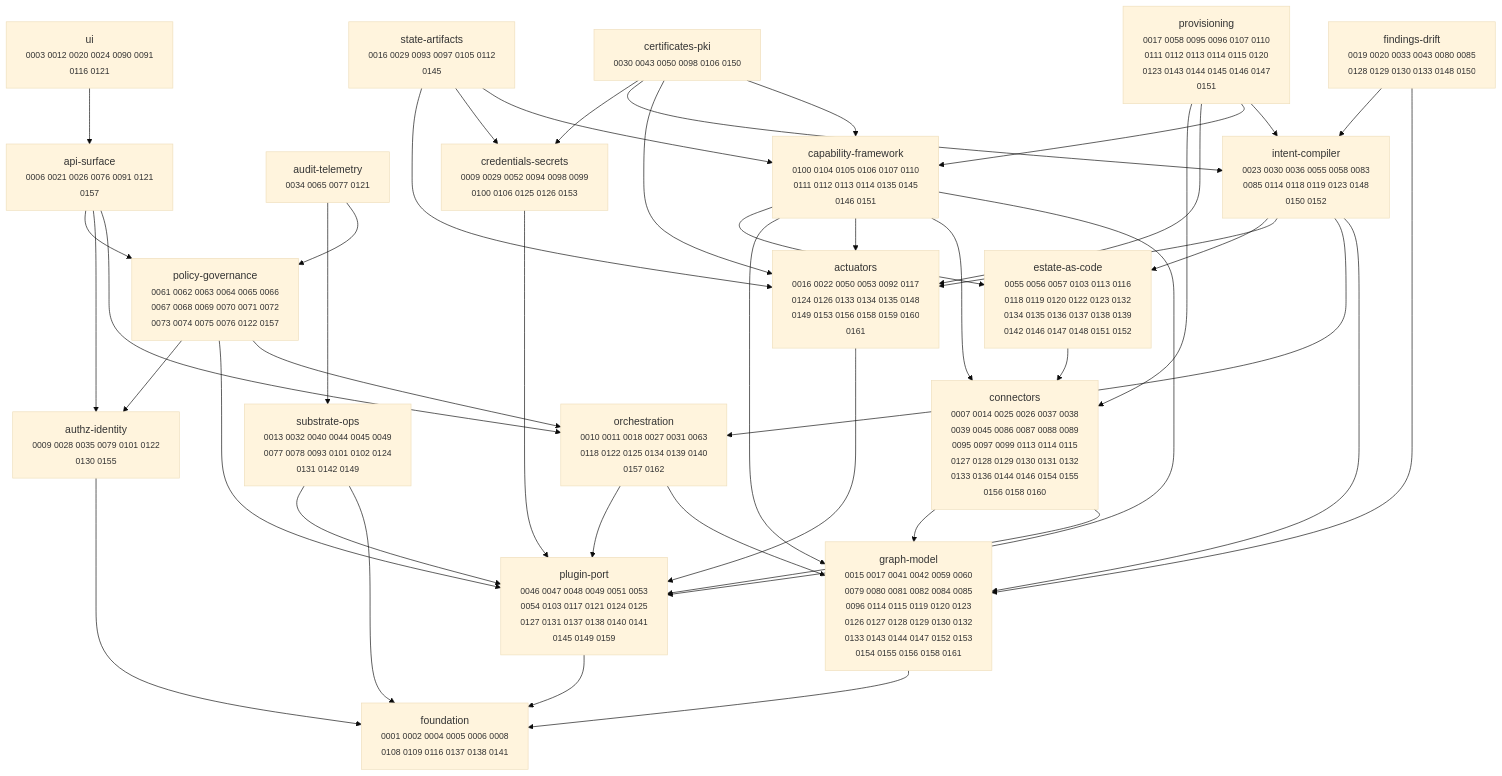
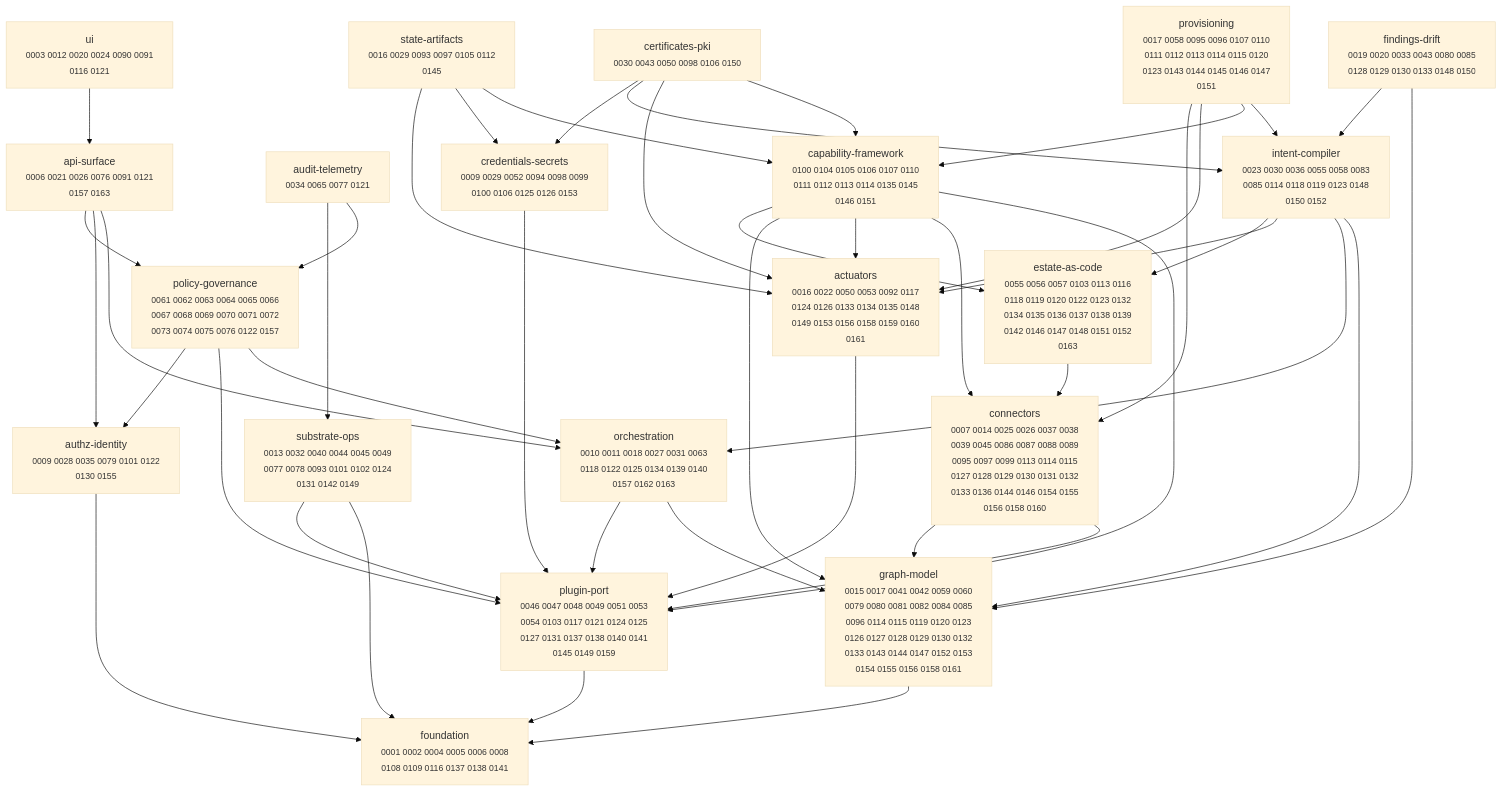
The diagram in docs/adr/MAP.md (dstout-devops/stratt), drawn with Mermaid (base theme) before and after one commit. The commit also changed other lines of this file and 24 other files, not shown here.

````diff
--- a/docs/adr/MAP.md
+++ b/docs/adr/MAP.md
@@ -11,67 +11,67 @@
 ```mermaid
 graph TD
   actuators["actuators<br/><small>0016 0022 0050 0053 0092 0117<br/>0124 0126 0133 0134 0135 0148<br/>0149 0153 0156 0158 0159 0160<br/>0161</small>"]
-  api_surface["api-surface<br/><small>0006 0021 0026 0076 0091 0121<br/>0157</small>"]
+  api_surface["api-surface<br/><small>0006 0021 0026 0076 0091 0121<br/>0157 0163</small>"]
   audit_telemetry["audit-telemetry<br/><small>0034 0065 0077 0121</small>"]
   authz_identity["authz-identity<br/><small>0009 0028 0035 0079 0101 0122<br/>0130 0155</small>"]
   capability_framework["capability-framework<br/><small>0100 0104 0105 0106 0107 0110<br/>0111 0112 0113 0114 0135 0145<br/>0146 0151</small>"]
   certificates_pki["certificates-pki<br/><small>0030 0043 0050 0098 0106 0150</small>"]
   connectors["connectors<br/><small>0007 0014 0025 0026 0037 0038<br/>0039 0045 0086 0087 0088 0089<br/>0095 0097 0099 0113 0114 0115<br/>0127 0128 0129 0130 0131 0132<br/>0133 0136 0144 0146 0154 0155<br/>0156 0158 0160</small>"]
   credentials_secrets["credentials-secrets<br/><small>0009 0029 0052 0094 0098 0099<br/>0100 0106 0125 0126 0153</small>"]
-  estate_as_code["estate-as-code<br/><small>0055 0056 0057 0103 0113 0116<br/>0118 0119 0120 0122 0123 0132<br/>0134 0135 0136 0137 0138 0139<br/>0142 0146 0147 0148 0151 0152</small>"]
+  estate_as_code["estate-as-code<br/><small>0055 0056 0057 0103 0113 0116<br/>0118 0119 0120 0122 0123 0132<br/>0134 0135 0136 0137 0138 0139<br/>0142 0146 0147 0148 0151 0152<br/>0163</small>"]
   findings_drift["findings-drift<br/><small>0019 0020 0033 0043 0080 0085<br/>0128 0129 0130 0133 0148 0150</small>"]
   foundation["foundation<br/><small>0001 0002 0004 0005 0006 0008<br/>0108 0109 0116 0137 0138 0141</small>"]
   graph_model["graph-model<br/><small>0015 0017 0041 0042 0059 0060<br/>0079 0080 0081 0082 0084 0085<br/>0096 0114 0115 0119 0120 0123<br/>0126 0127 0128 0129 0130 0132<br/>0133 0143 0144 0147 0152 0153<br/>0154 0155 0156 0158 0161</small>"]
   intent_compiler["intent-compiler<br/><small>0023 0030 0036 0055 0058 0083<br/>0085 0114 0118 0119 0123 0148<br/>0150 0152</small>"]
-  orchestration["orchestration<br/><small>0010 0011 0018 0027 0031 0063<br/>0118 0122 0125 0134 0139 0140<br/>0157 0162</small>"]
+  orchestration["orchestration<br/><small>0010 0011 0018 0027 0031 0063<br/>0118 0122 0125 0134 0139 0140<br/>0157 0162 0163</small>"]
   plugin_port["plugin-port<br/><small>0046 0047 0048 0049 0051 0053<br/>0054 0103 0117 0121 0124 0125<br/>0127 0131 0137 0138 0140 0141<br/>0145 0149 0159</small>"]
   policy_governance["policy-governance<br/><small>0061 0062 0063 0064 0065 0066<br/>0067 0068 0069 0070 0071 0072<br/>0073 0074 0075 0076 0122 0157</small>"]
   provisioning["provisioning<br/><small>0017 0058 0095 0096 0107 0110<br/>0111 0112 0113 0114 0115 0120<br/>0123 0143 0144 0145 0146 0147<br/>0151</small>"]
   state_artifacts["state-artifacts<br/><small>0016 0029 0093 0097 0105 0112<br/>0145</small>"]
   substrate_ops["substrate-ops<br/><small>0013 0032 0040 0044 0045 0049<br/>0077 0078 0093 0101 0102 0124<br/>0131 0142 0149</small>"]
   ui["ui<br/><small>0003 0012 0020 0024 0090 0091<br/>0116 0121</small>"]
 
   actuators --> plugin_port
   api_surface --> orchestration
   api_surface --> authz_identity
   api_surface --> policy_governance
   audit_telemetry --> policy_governance
   audit_telemetry --> substrate_ops
   authz_identity --> foundation
   capability_framework --> plugin_port
   capability_framework --> connectors
   capability_framework --> actuators
   capability_framework --> graph_model
   capability_framework --> estate_as_code
   certificates_pki --> capability_framework
   certificates_pki --> actuators
   certificates_pki --> intent_compiler
   certificates_pki --> credentials_secrets
   connectors --> plugin_port
   connectors --> graph_model
   credentials_secrets --> plugin_port
   estate_as_code --> connectors
   findings_drift --> graph_model
   findings_drift --> intent_compiler
   graph_model --> foundation
   intent_compiler --> graph_model
   intent_compiler --> orchestration
   intent_compiler --> actuators
   intent_compiler --> estate_as_code
   orchestration --> graph_model
   orchestration --> plugin_port
   plugin_port --> foundation
   policy_governance --> orchestration
   policy_governance --> plugin_port
   policy_governance --> authz_identity
   provisioning --> intent_compiler
   provisioning --> capability_framework
   provisioning --> actuators
   provisioning --> connectors
   state_artifacts --> capability_framework
   state_artifacts --> credentials_secrets
   state_artifacts --> actuators
   substrate_ops --> foundation
   substrate_ops --> plugin_port
   ui --> api_surface
 ```
````
